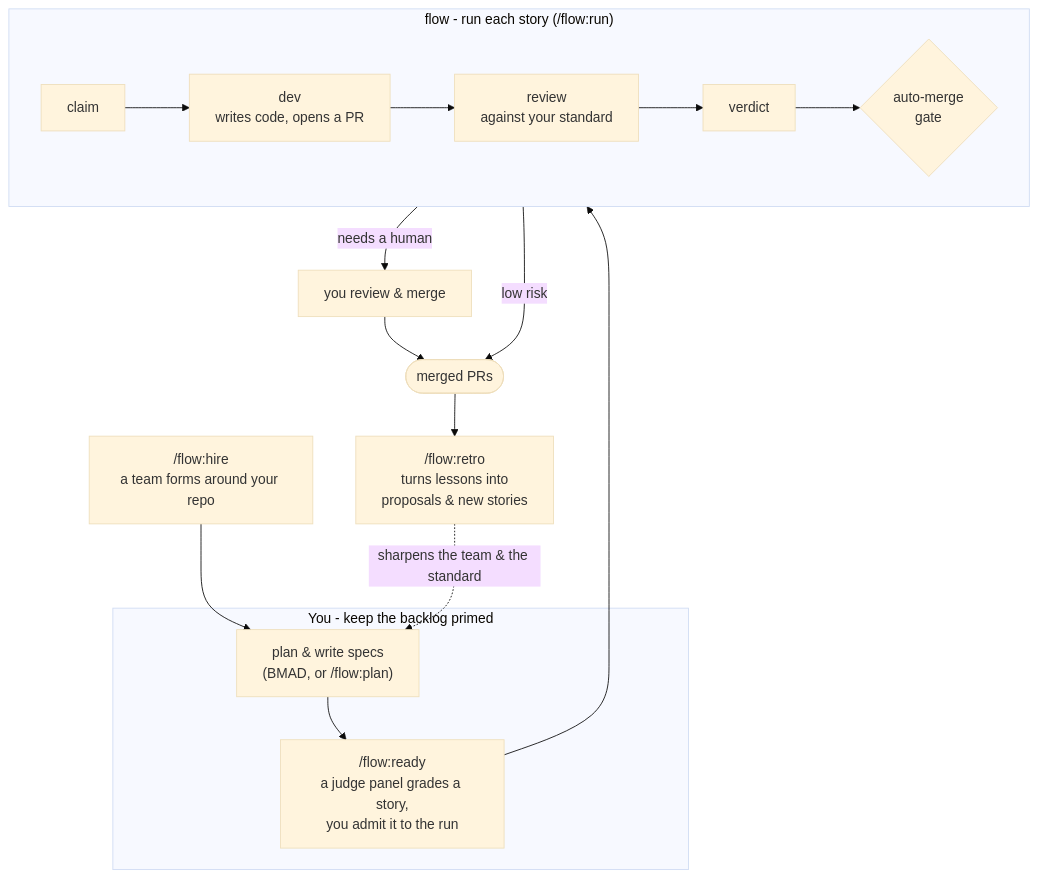
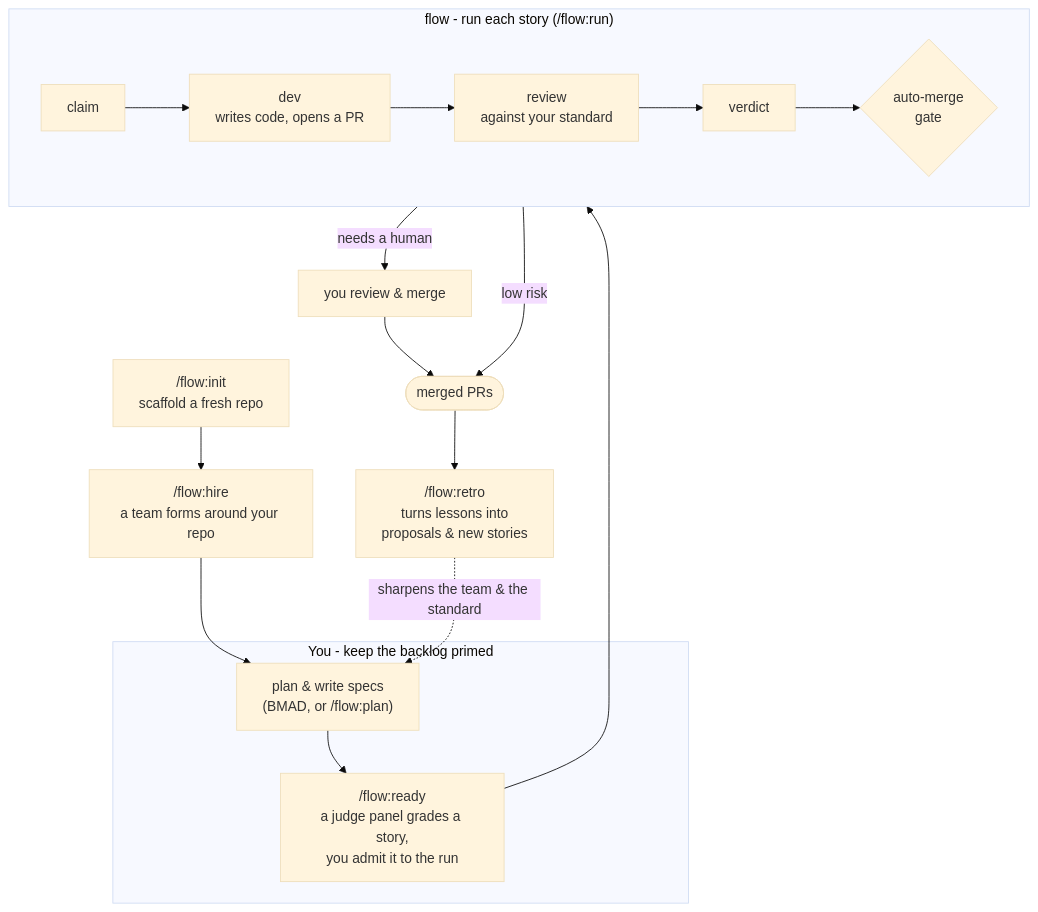
Before and after one commit to jackmcintyre/flow: the diagram in README.md, drawn with Mermaid (base theme). The commit also changed other lines of this file and 16 other files, not shown here.

First line of the commit message:
feat: add /flow:init — first-run workspace scaffolder (#417)

````diff
--- a/README.md
+++ b/README.md
@@ -28,24 +29,26 @@
 ```mermaid
 flowchart TB
+    init["/flow:init<br/>scaffold a fresh repo"]
     hire["/flow:hire<br/>a team forms around your repo"]
 
     subgraph product["You - keep the backlog primed"]
         plan["plan & write specs<br/>(BMAD, or /flow:plan)"]
         ready["/flow:ready<br/>a judge panel grades a story,<br/>you admit it to the run"]
     end
 
     subgraph engine["flow - run each story (/flow:run)"]
         direction LR
         claim["claim"] --> dev["dev<br/>writes code, opens a PR"] --> review["review<br/>against your standard"] --> verdict["verdict"] --> gate{"auto-merge<br/>gate"}
     end
 
     merged(["merged PRs"])
     retro["/flow:retro<br/>turns lessons into<br/>proposals & new stories"]
 
+    init --> hire
     hire --> plan
     plan --> ready --> claim
     gate -->|low risk| merged
     gate -->|needs a human| human["you review & merge"] --> merged
     merged --> retro
     retro -.->|sharpens the team & the standard| plan
 ```
````
